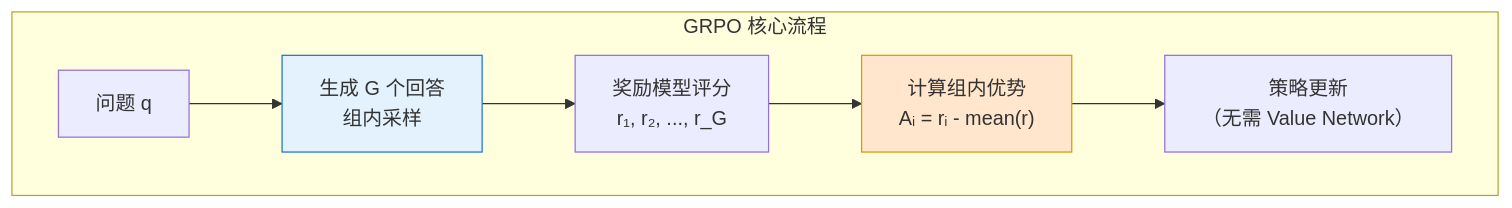
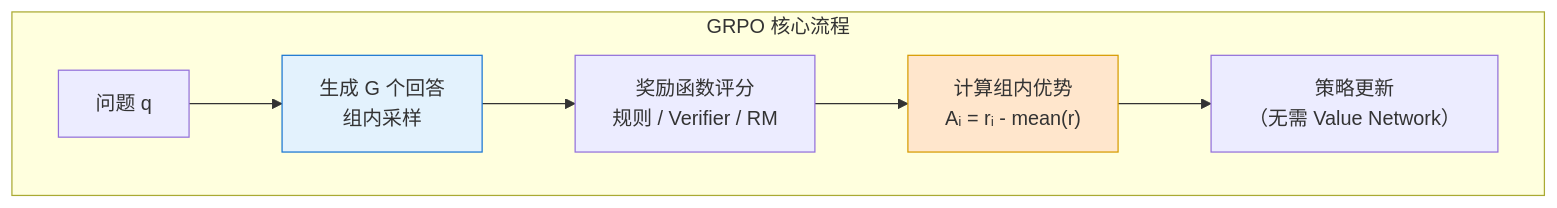
Before and after one commit to BeefWrap4/LLM-Knowledge-Base: the seventh of 19 diagrams in 16_模型微调与推理优化.md, drawn with Mermaid. The commit also changed other lines of this file and 454 other files, not shown here.

````diff
--- a/16_模型微调与推理优化.md
+++ b/16_模型微调与推理优化.md
@@ -463,12 +460,12 @@
 ```mermaid
 graph TB
     subgraph "GRPO 核心流程"
         Q["问题 q"] --> G["生成 G 个回答<br/>组内采样"]
-        G --> R["奖励模型评分<br/>r₁, r₂, ..., r_G"]
+        G --> R["奖励函数评分<br/>规则 / Verifier / RM"]
         R --> A["计算组内优势<br/>Aᵢ = rᵢ - mean(r)"]
         A --> U["策略更新<br/>（无需 Value Network）"]
     end
     
     style G fill:#e3f2fd,stroke:#1976d2
     style A fill:#ffe6cc,stroke:#d79b00
 ```
````
